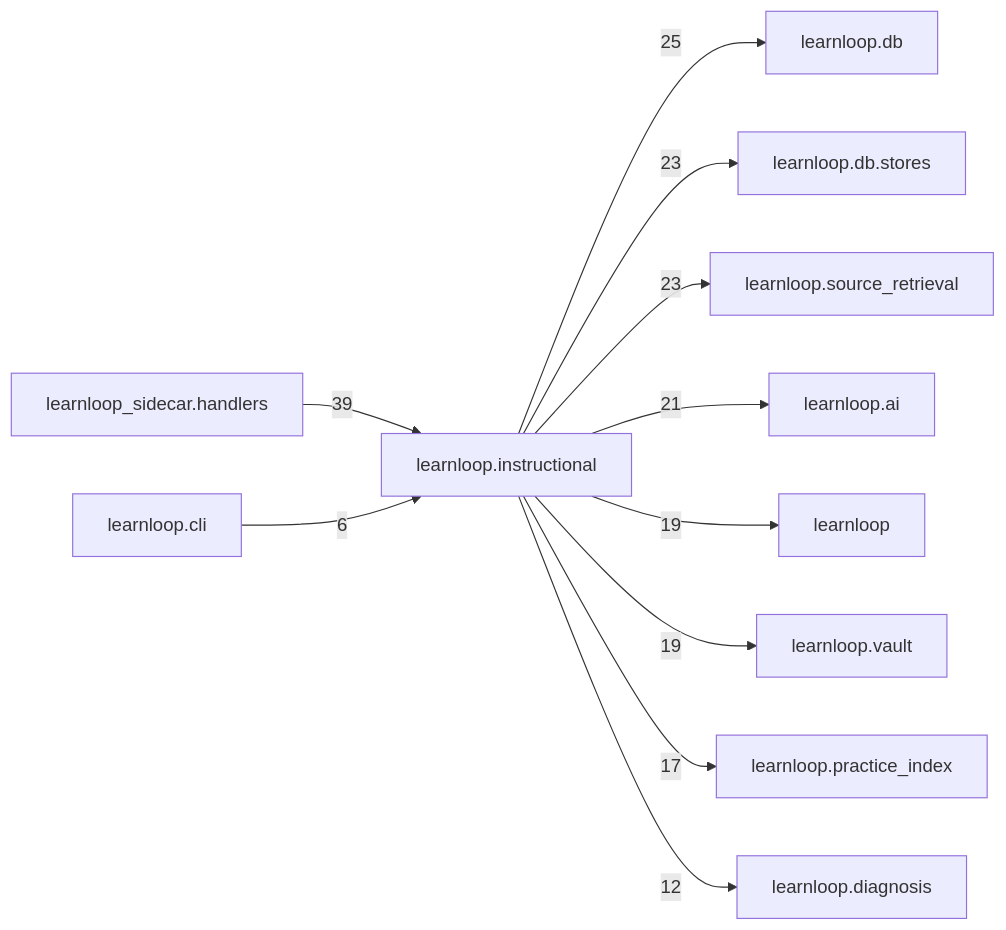
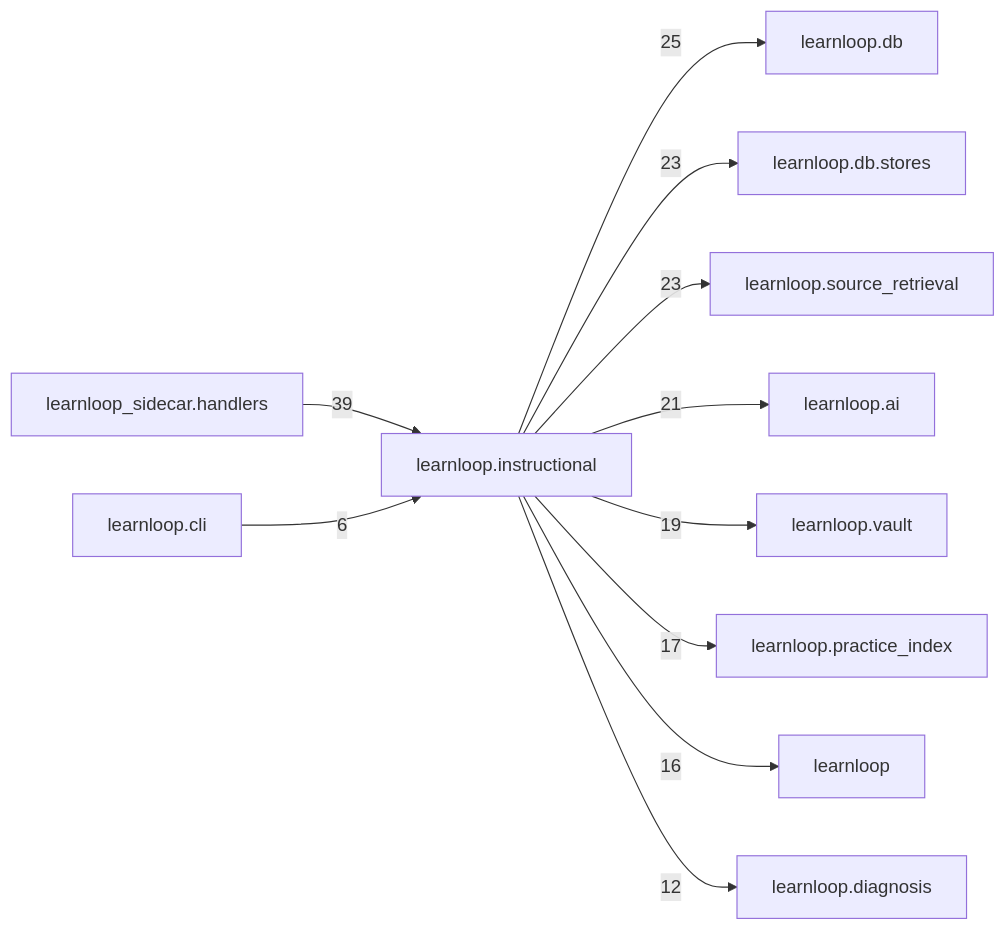
One commit to 6up-b/learnanything changed the diagram in docs/learnloop-architecture-vault/Reference/Modules/learnloop/instructional/_package.md. Above: the diagram before and after it, drawn with Mermaid. The commit also changed other lines of this file and 69 other files, not shown here.

````diff
--- a/docs/learnloop-architecture-vault/Reference/Modules/learnloop/instructional/_package.md
+++ b/docs/learnloop-architecture-vault/Reference/Modules/learnloop/instructional/_package.md
@@ -124,24 +124,24 @@
 ```mermaid
 flowchart LR
     center["learnloop.instructional"]
     n_learnloop_sidecar_handlers["learnloop_sidecar.handlers"]
     n_learnloop_db["learnloop.db"]
     n_learnloop_db_stores["learnloop.db.stores"]
     n_learnloop_source_retrieval["learnloop.source_retrieval"]
     n_learnloop_ai["learnloop.ai"]
-    n_learnloop["learnloop"]
     n_learnloop_vault["learnloop.vault"]
     n_learnloop_practice_index["learnloop.practice_index"]
+    n_learnloop["learnloop"]
     n_learnloop_diagnosis["learnloop.diagnosis"]
     n_learnloop_cli["learnloop.cli"]
     n_learnloop_sidecar_handlers -->|39| center
     center -->|25| n_learnloop_db
     center -->|23| n_learnloop_db_stores
     center -->|23| n_learnloop_source_retrieval
     center -->|21| n_learnloop_ai
-    center -->|19| n_learnloop
     center -->|19| n_learnloop_vault
     center -->|17| n_learnloop_practice_index
+    center -->|16| n_learnloop
     center -->|12| n_learnloop_diagnosis
     n_learnloop_cli -->|6| center
 ```
````
